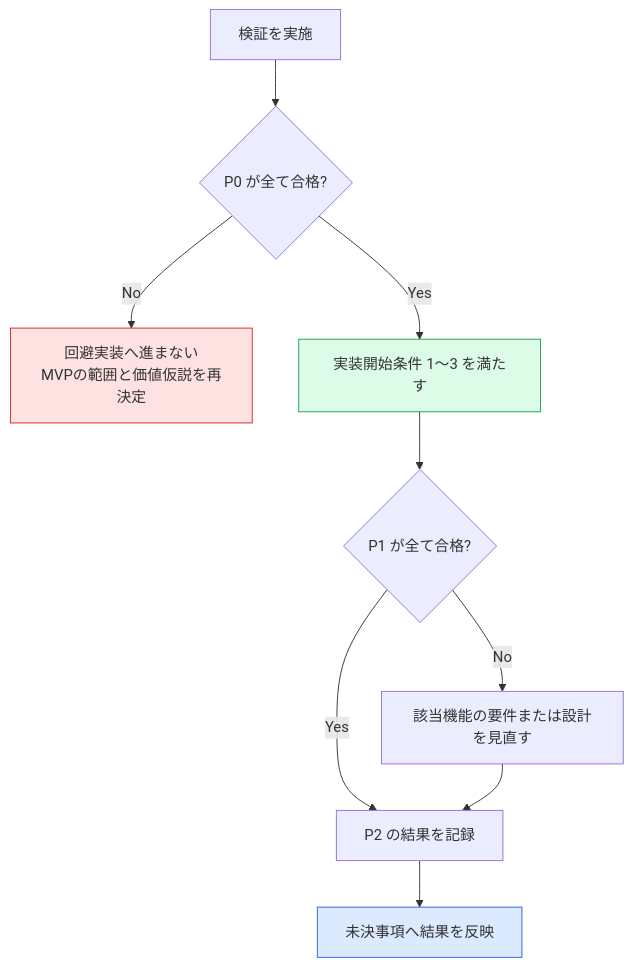
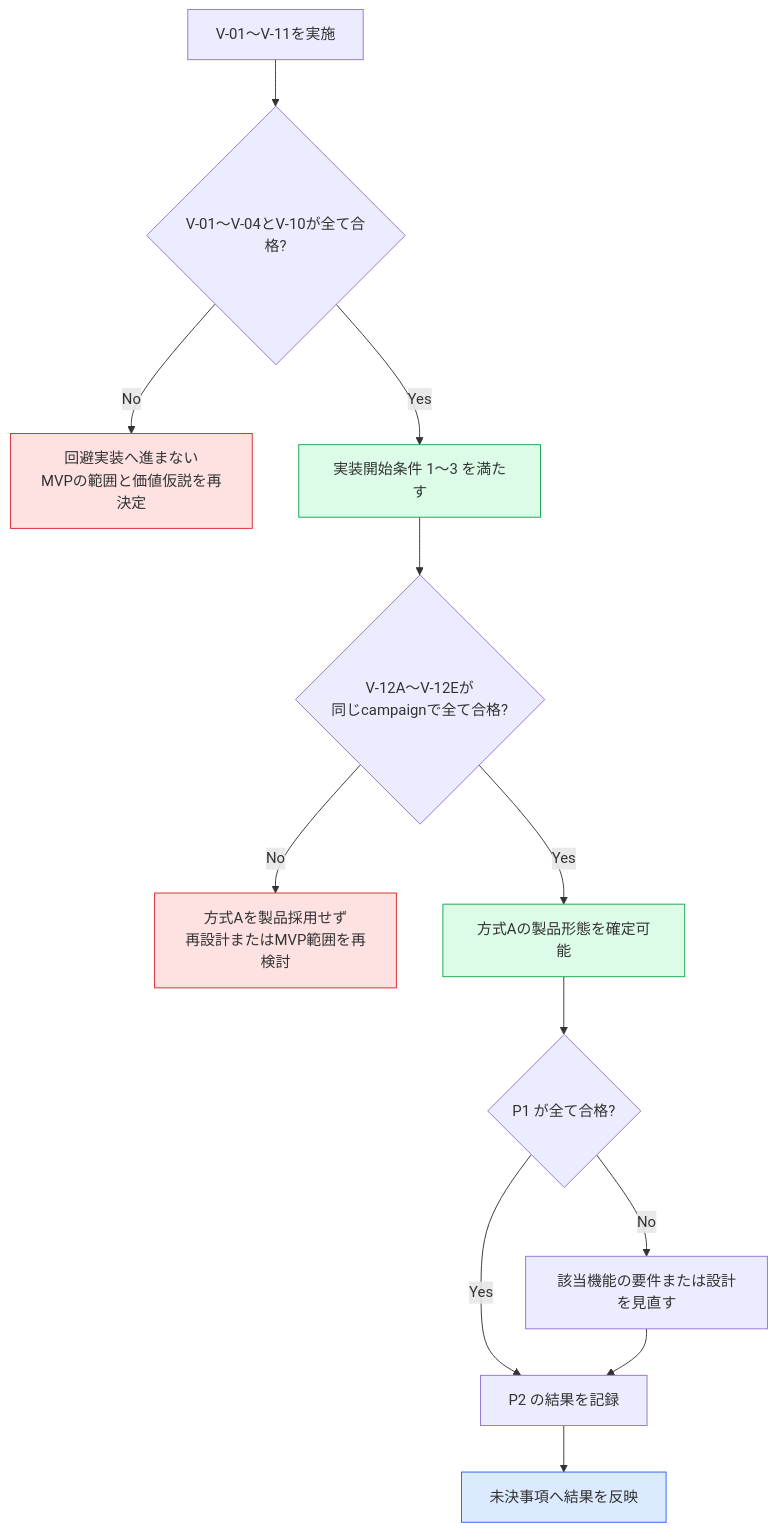
The diagram in docs/project/judge-adapter-verification.md (mgmaru/algo-loom-design), drawn with Mermaid before and after one commit. The commit also changed other lines of this file and 3 other files, not shown here.

````diff
--- a/docs/project/judge-adapter-verification.md
+++ b/docs/project/judge-adapter-verification.md
@@ -87,15 +198,20 @@
 ```mermaid
 flowchart TD
-    A[検証を実施] --> B{P0 が全て合格?}
+    A[V-01〜V-11を実施] --> B{V-01〜V-04とV-10が全て合格?}
     B -->|No| X[回避実装へ進まない<br/>MVPの範囲と価値仮説を再決定]
     B -->|Yes| C[実装開始条件 1〜3 を満たす]
-    C --> D{P1 が全て合格?}
+    C --> H{V-12A〜V-12Eが<br/>同じcampaignで全て合格?}
+    H -->|No| Y[方式Aを製品採用せず<br/>再設計またはMVP範囲を再検討]
+    H -->|Yes| I[方式Aの製品形態を確定可能]
+    I --> D{P1 が全て合格?}
     D -->|No| E[該当機能の要件または設計を見直す]
     D -->|Yes| F[P2 の結果を記録]
     E --> F
     F --> G[未決事項へ結果を反映]
 
     style X fill:#fee2e2,stroke:#dc2626
+    style Y fill:#fee2e2,stroke:#dc2626
     style C fill:#dcfce7,stroke:#16a34a
+    style I fill:#dcfce7,stroke:#16a34a
     style G fill:#dbeafe,stroke:#2563eb
 ```
````
